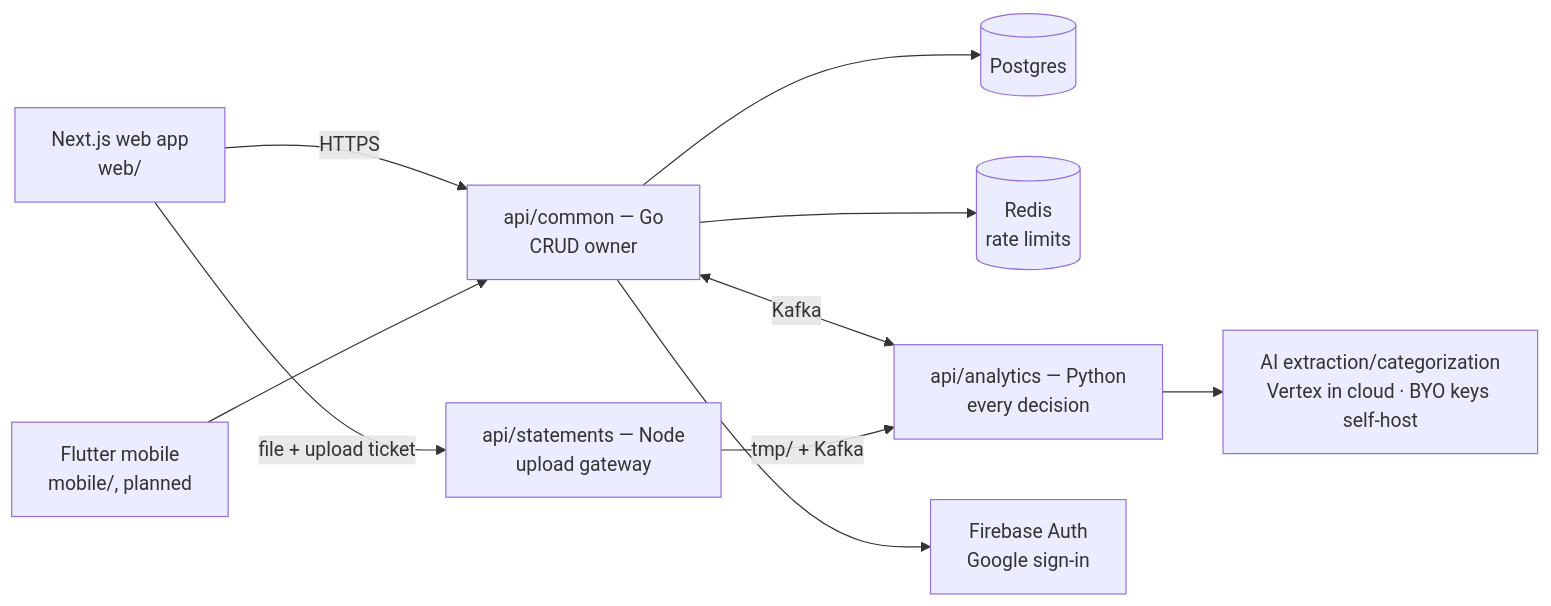
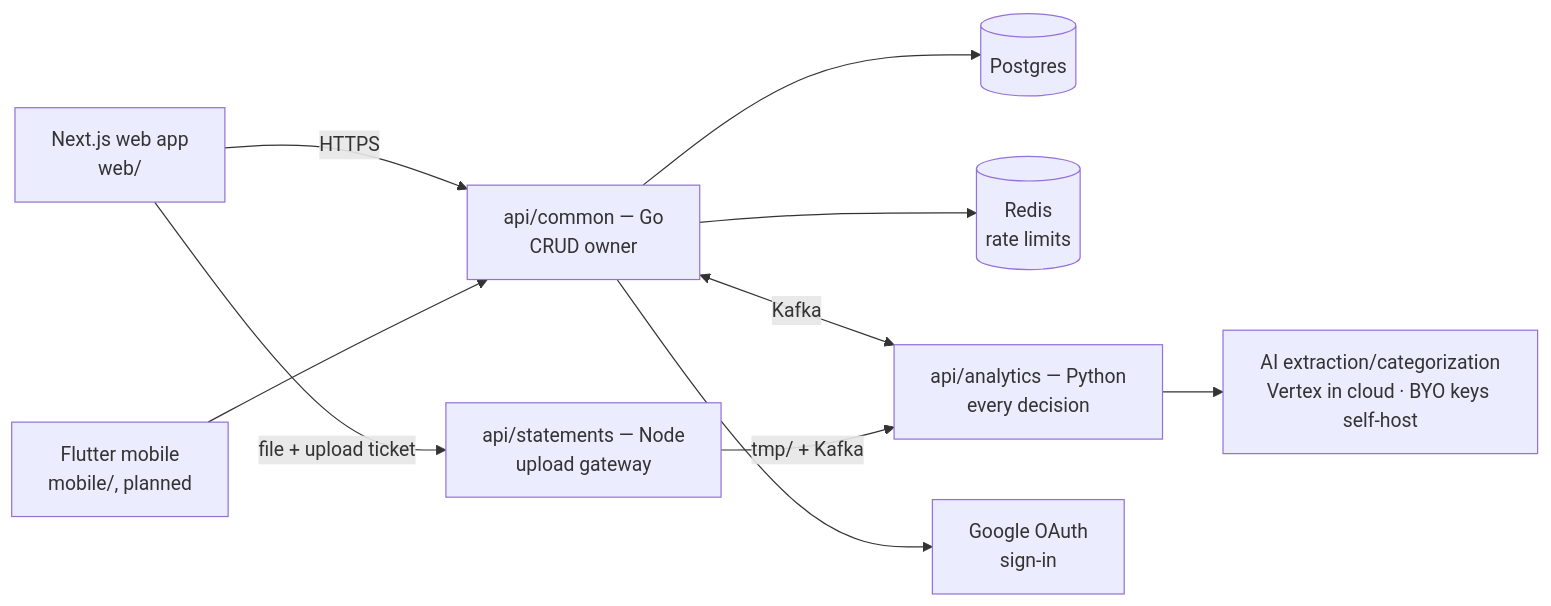
The diagram in docs/overview.md (cuesoftinc/expendit), drawn with Mermaid before and after one commit. The commit also changed other lines of this file and 70 other files, not shown here.

First line of the commit message:
feat: sign in with Google through the API handoff flow (#357)

````diff
--- a/docs/overview.md
+++ b/docs/overview.md
@@ -10,12 +10,12 @@
 ```mermaid
 flowchart LR
     WEB[Next.js web app<br/>web/] -->|HTTPS| COM[api/common — Go<br/>CRUD owner]
     WEB -->|file + upload ticket| ST[api/statements — Node<br/>upload gateway]
     MOB[Flutter mobile<br/>mobile/, planned] --> COM
     COM --> PG[(Postgres)]
     COM --> RD[(Redis<br/>rate limits)]
     COM <-->|Kafka| AN[api/analytics — Python<br/>every decision]
     ST -->|tmp/ + Kafka| AN
     AN --> AI[AI extraction/categorization<br/>Vertex in cloud · BYO keys self-host]
-    COM --> FB[Firebase Auth<br/>Google sign-in]
+    COM --> GO[Google OAuth<br/>sign-in]
 ```
````
